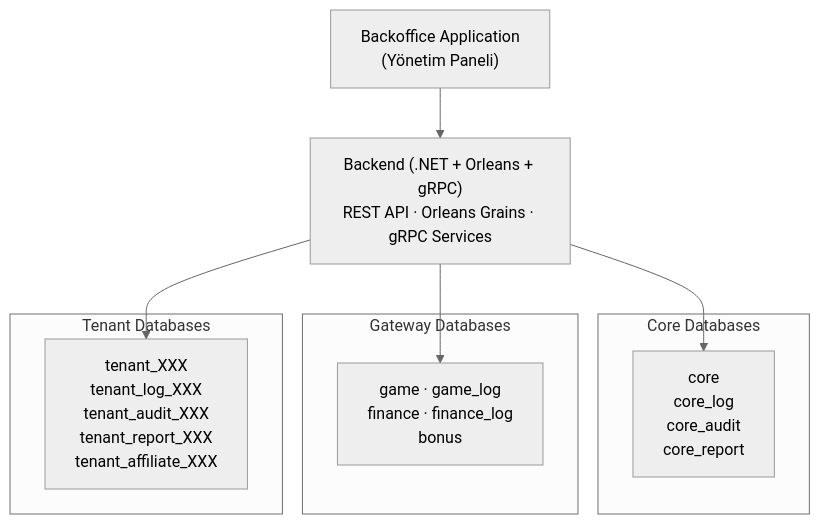
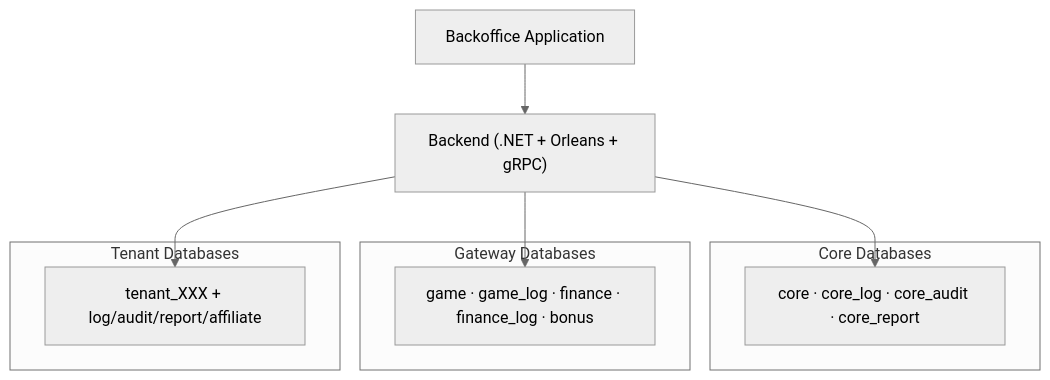
One commit to frhtshn/One.DB changed the first of 5 diagrams in .docs/reference/PROJECT_OVERVIEW.md. Above: the diagram before and after it, drawn with Mermaid (neutral theme). The commit also changed other lines of this file and 6 other files, not shown here.

Commit message:
docs: Update flowchart formatting for improved readability in multiple guides

````diff
--- a/.docs/reference/PROJECT_OVERVIEW.md
+++ b/.docs/reference/PROJECT_OVERVIEW.md
@@ -56,18 +56,18 @@
 ```mermaid
 flowchart TD
-    BO["Backoffice Application\n(Yönetim Paneli)"]
-    BE["Backend (.NET + Orleans + gRPC)\nREST API · Orleans Grains · gRPC Services"]
+    BO["Backoffice Application"]
+    BE["Backend (.NET + Orleans + gRPC)"]
     BO --> BE
     subgraph core["Core Databases"]
-        CD["core\ncore_log\ncore_audit\ncore_report"]
+        CD["core · core_log · core_audit · core_report"]
     end
     subgraph gateway["Gateway Databases"]
-        GD["game · game_log\nfinance · finance_log\nbonus"]
+        GD["game · game_log · finance · finance_log · bonus"]
     end
     subgraph tenant["Tenant Databases"]
-        TD2["tenant_XXX\ntenant_log_XXX\ntenant_audit_XXX\ntenant_report_XXX\ntenant_affiliate_XXX"]
+        TD2["tenant_XXX + log/audit/report/affiliate"]
     end
     BE --> CD
     BE --> GD
     BE --> TD2
 ```
````
